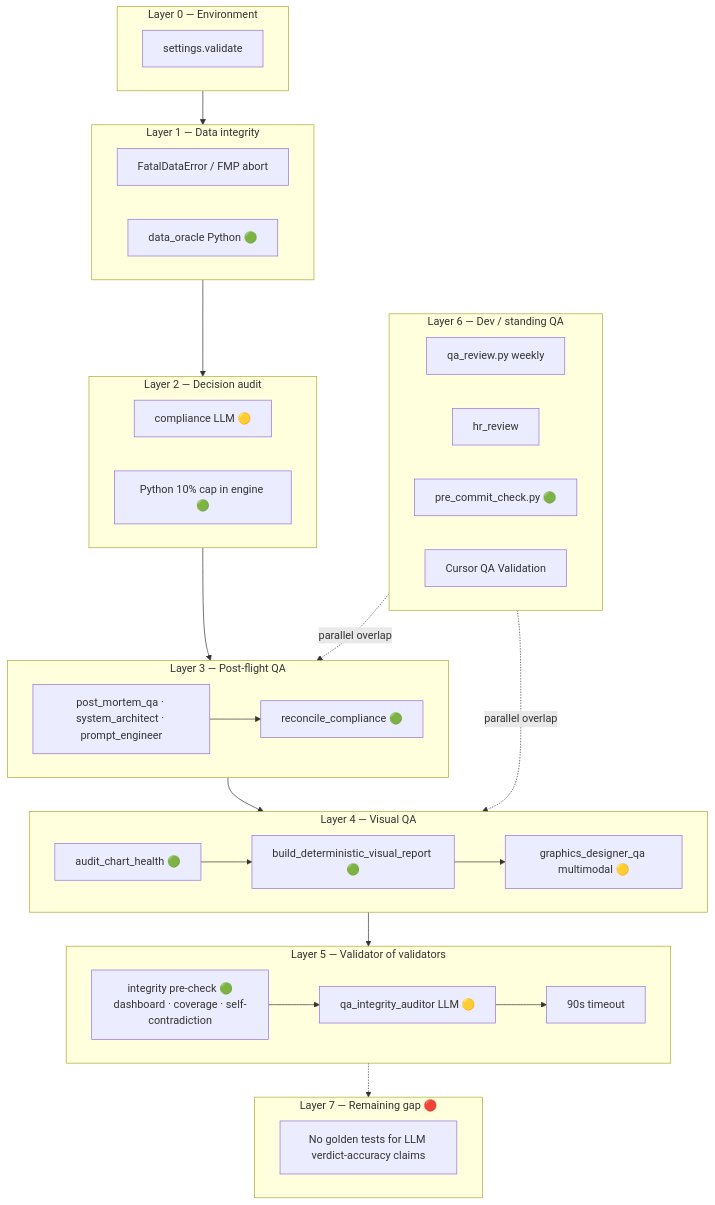
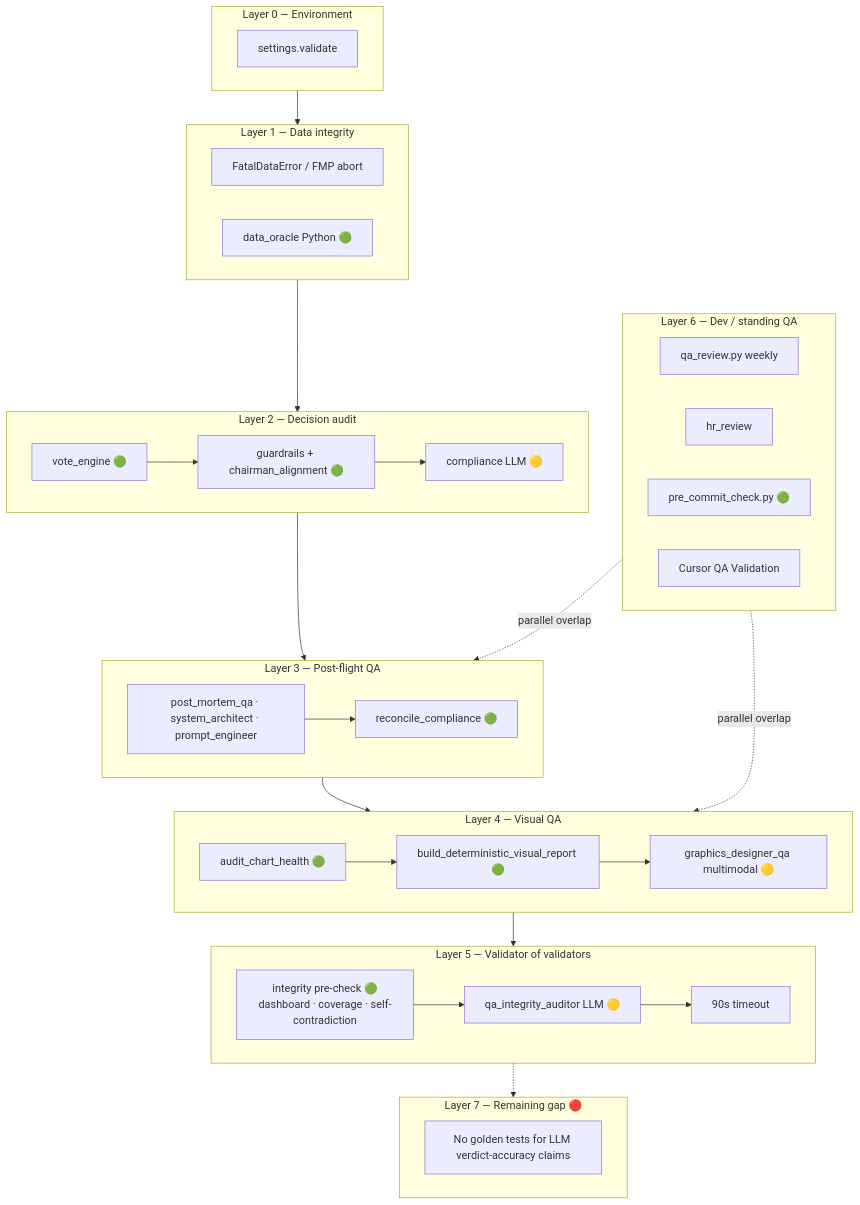
One commit to stanchernov-ai/invest changed the fifth of 5 diagrams in docs/agent_architecture.md. Above: the diagram before and after it, drawn with Mermaid. The commit also changed other lines of this file and 7 other files, not shown here.

First line of the commit message:
Document vote_engine Phase A and handoff for run 144833.

````diff
--- a/docs/agent_architecture.md
+++ b/docs/agent_architecture.md
@@ -318,51 +319,53 @@
 ```mermaid
 flowchart TB
     subgraph L0["Layer 0 — Environment"]
         SET[settings.validate]
     end
 
     subgraph L1["Layer 1 — Data integrity"]
         FATAL[FatalDataError / FMP abort]
         ORACLE2[data_oracle Python 🟢]
     end
 
     subgraph L2["Layer 2 — Decision audit"]
+        VE[vote_engine 🟢]
         COMP2[compliance LLM 🟡]
-        PYCHAIR[Python 10% cap in engine 🟢]
+        PYCHAIR[guardrails + chairman_alignment 🟢]
+        VE --> PYCHAIR --> COMP2
     end
 
     subgraph L3["Layer 3 — Post-flight QA"]
         PM[post_mortem_qa · system_architect · prompt_engineer]
         RECON[reconcile_compliance 🟢]
         PM --> RECON
     end
 
     subgraph L4["Layer 4 — Visual QA"]
         HTTP[audit_chart_health 🟢]
         DET[build_deterministic_visual_report 🟢]
         GFXLLM[graphics_designer_qa multimodal 🟡]
         HTTP --> DET --> GFXLLM
     end
 
     subgraph L5["Layer 5 — Validator of validators"]
         DETINT[integrity pre-check 🟢<br/>dashboard · coverage · self-contradiction]
         INT2[qa_integrity_auditor LLM 🟡]
         TIMEOUT[90s timeout]
         DETINT --> INT2 --> TIMEOUT
     end
 
     subgraph L6["Layer 6 — Dev / standing QA"]
         WEEKLY2[qa_review.py weekly]
         HR2[hr_review]
         PRECOMMIT[pre_commit_check.py 🟢]
         CURQA[Cursor QA Validation]
     end
 
     subgraph L7["Layer 7 — Remaining gap 🔴"]
         NONE[No golden tests for LLM verdict-accuracy claims]
     end
 
     L0 --> L1 --> L2 --> L3 --> L4 --> L5
     L5 -.-> L7
     L6 -.->|parallel overlap| L3 & L4
 ```
````
